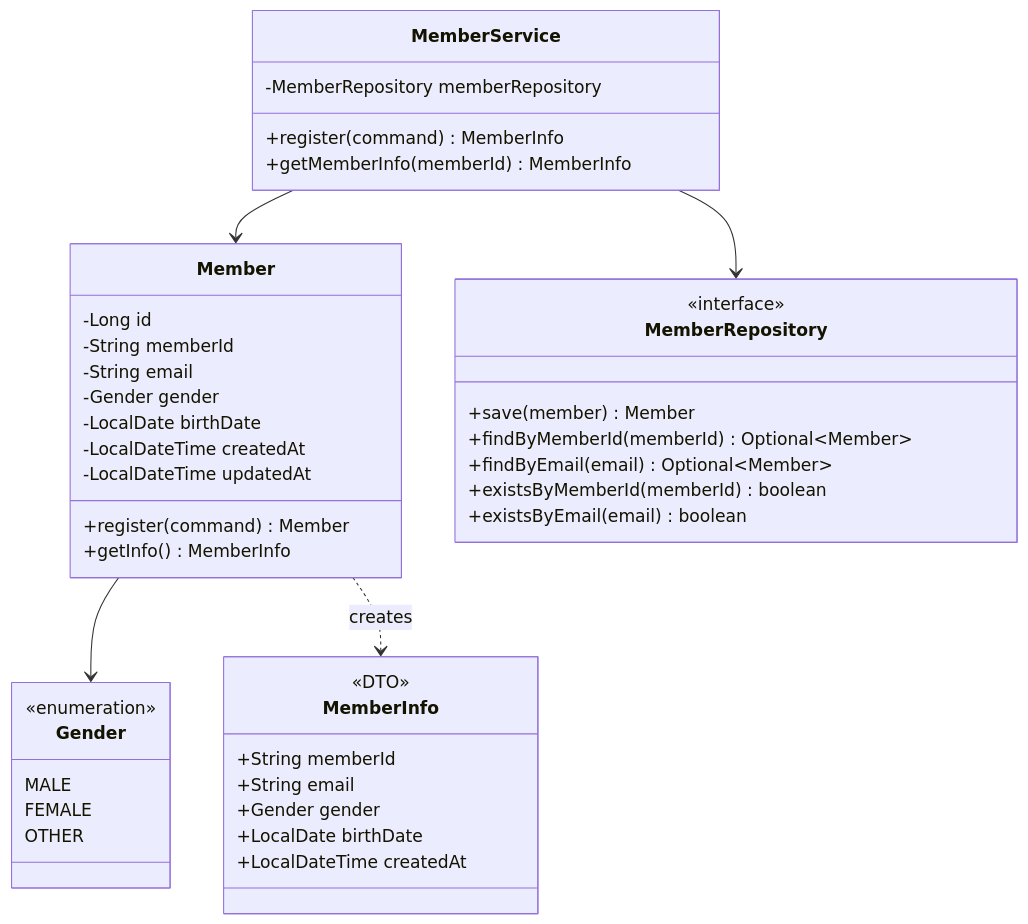
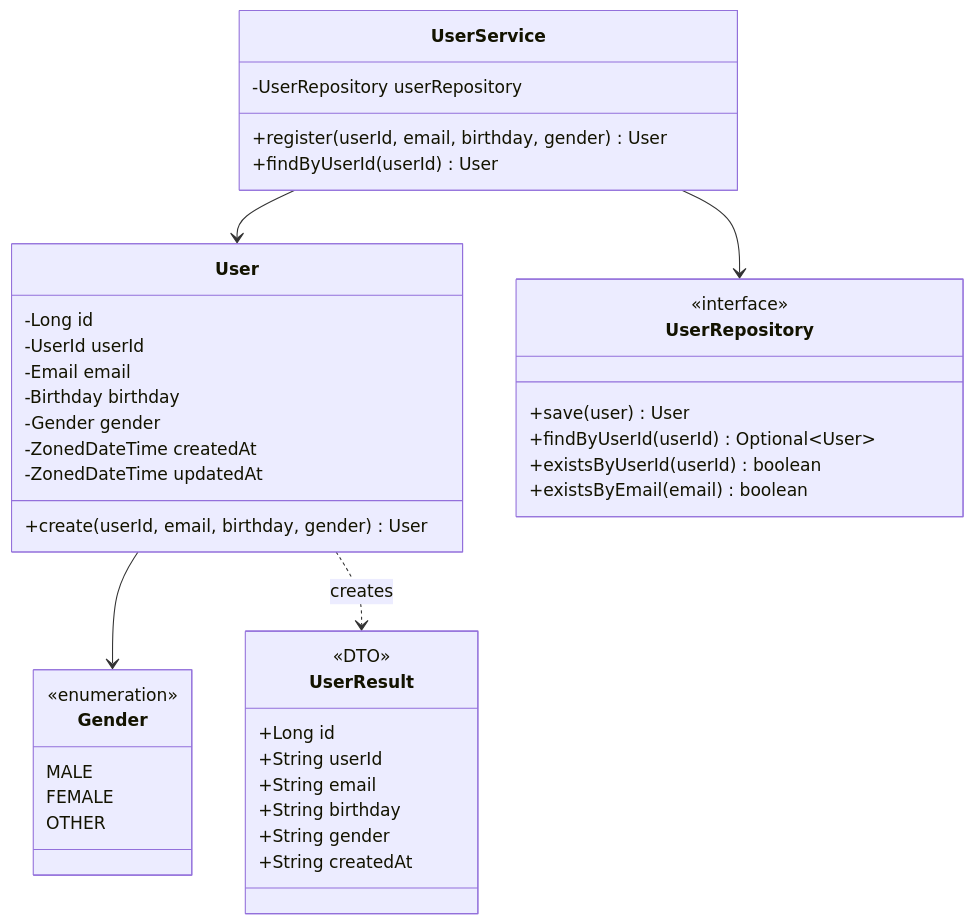
The second of 8 diagrams in docs/03-class-diagrams.md (yht0827/my-commerce), drawn with Mermaid before and after one commit. The commit also changed other lines of this file and 25 other files, not shown here.

````diff
--- a/docs/03-class-diagrams.md
+++ b/docs/03-class-diagrams.md
@@ -41,50 +41,49 @@
 ```mermaid
 classDiagram
-    class Member {
+    class User {
         -Long id
-        -String memberId
-        -String email
+        -UserId userId
+        -Email email
+        -Birthday birthday
         -Gender gender
-        -LocalDate birthDate
-        -LocalDateTime createdAt
-        -LocalDateTime updatedAt
-        +register(command) Member
-        +getInfo() MemberInfo
+        -ZonedDateTime createdAt
+        -ZonedDateTime updatedAt
+        +create(userId, email, birthday, gender) User
     }
 
     class Gender {
         <<enumeration>>
         MALE
         FEMALE
         OTHER
     }
 
-    class MemberInfo {
+    class UserResult {
         <<DTO>>
-        +String memberId
+        +Long id
+        +String userId
         +String email
-        +Gender gender
-        +LocalDate birthDate
-        +LocalDateTime createdAt
+        +String birthday
+        +String gender
+        +String createdAt
     }
 
-    class MemberRepository {
+    class UserRepository {
         <<interface>>
-        +save(member) Member
-        +findByMemberId(memberId) Optional~Member~
-        +findByEmail(email) Optional~Member~
-        +existsByMemberId(memberId) boolean
+        +save(user) User
+        +findByUserId(userId) Optional~User~
+        +existsByUserId(userId) boolean
         +existsByEmail(email) boolean
     }
 
-    class MemberService {
-        -MemberRepository memberRepository
-        +register(command) MemberInfo
-        +getMemberInfo(memberId) MemberInfo
+    class UserService {
+        -UserRepository userRepository
+        +register(userId, email, birthday, gender) User
+        +findByUserId(userId) User
     }
 
-    Member --> Gender
-    Member ..> MemberInfo : creates
-    MemberService --> MemberRepository
-    MemberService --> Member
+    User --> Gender
+    User ..> UserResult : creates
+    UserService --> UserRepository
+    UserService --> User
 ```
````
